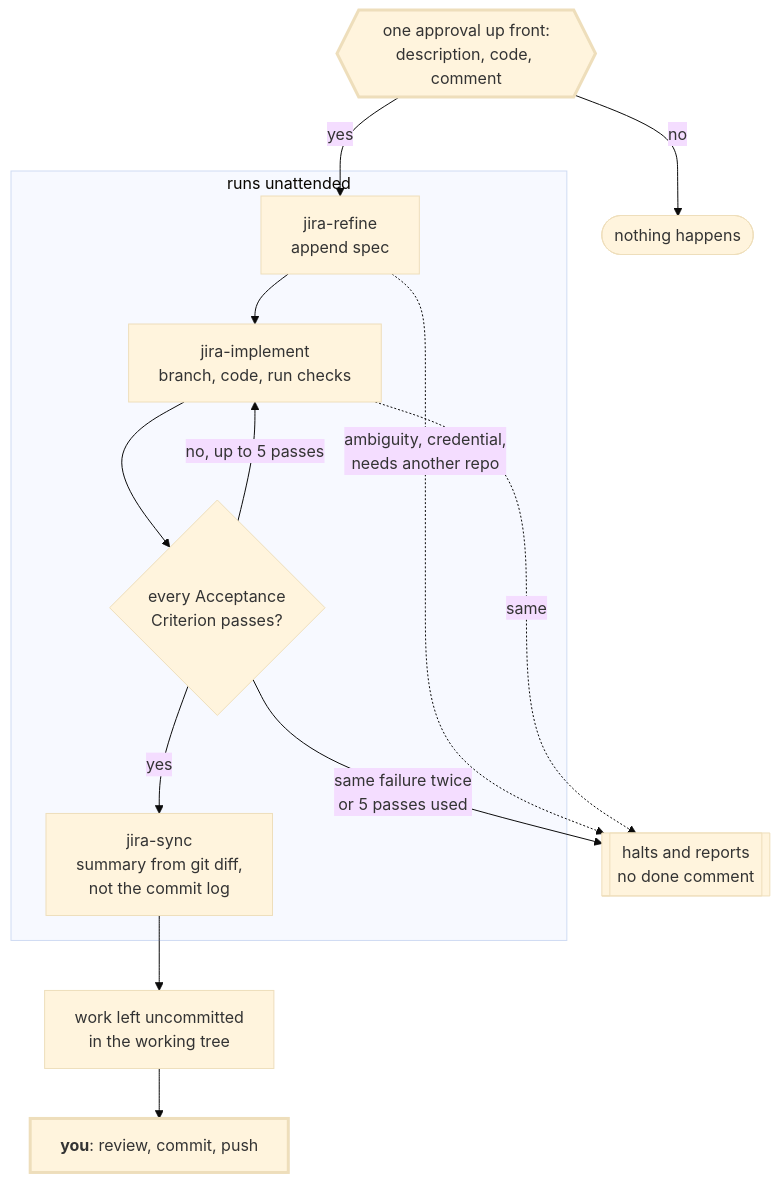
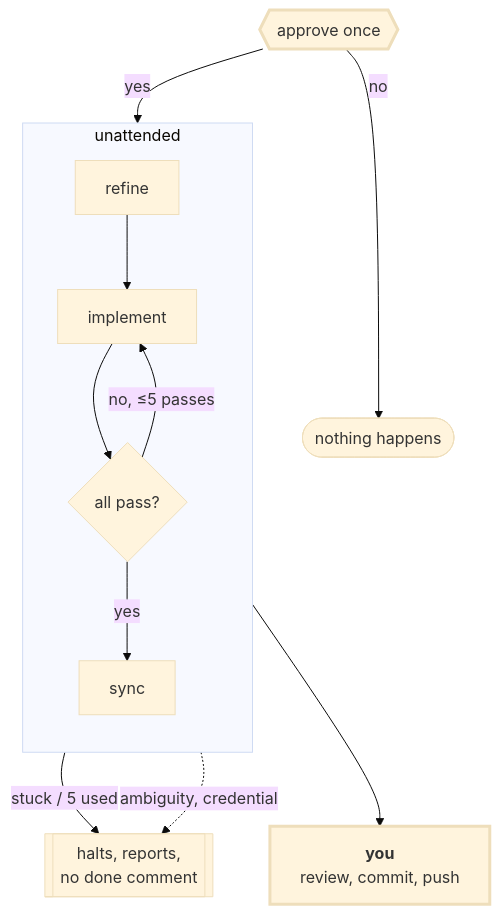
The second of 2 diagrams in README.md (shinn716/jira-skills), drawn with Mermaid (base theme) before and after one commit. The commit also changed other lines of this file and 1 other file, not shown here.

Commit message:
Shrink the README diagrams
Node labels were three lines each, which made both flowcharts about 1300px tall
for 400px of width. Cut every label to one line and shortened the edge labels;
the nodes and the flow itself are unchanged. Roughly 45% less area per diagram.

Kept the TD layout. LR brings the height down to ~210px but pushes the width to
~1650px, which GitHub scales to the column and halves the text size.

````diff
--- a/README.md
+++ b/README.md
@@ -80,28 +69,19 @@
 ```mermaid
 flowchart TD
-    ask{{"one approval up front:<br/>description, code, comment"}}
-    ask -- no --> stop([nothing happens])
+    ask{{"approve once"}} -- no --> stop([nothing happens])
     ask -- yes --> refine
 
-    subgraph run["runs unattended"]
-        refine["jira-refine<br/>append spec"]
-        implement["jira-implement<br/>branch, code, run checks"]
-        check{"every Acceptance<br/>Criterion passes?"}
-        sync["jira-sync<br/>summary from git diff,<br/>not the commit log"]
-
-        refine --> implement --> check
-        check -- "no, up to 5 passes" --> implement
-        check -- yes --> sync
+    subgraph run["unattended"]
+        direction TB
+        refine["refine"] --> implement["implement"] --> check{"all pass?"}
+        check -- "no, ≤5 passes" --> implement
+        check -- yes --> sync["sync"]
     end
 
-    check -- "same failure twice<br/>or 5 passes used" --> halt
-    refine -. "ambiguity, credential,<br/>needs another repo" .-> halt
-    implement -. same .-> halt
-
-    halt[["halts and reports<br/>no done comment"]]
-    sync --> left["work left uncommitted<br/>in the working tree"]
-    left --> you["<b>you</b>: review, commit, push"]
+    check -- "stuck / 5 used" --> halt
+    implement -. "ambiguity, credential" .-> halt[["halts, reports,<br/>no done comment"]]
+    sync --> you["<b>you</b><br/>review, commit, push"]
 
     classDef human stroke-width:3px
     class you,ask human
 ```
````
